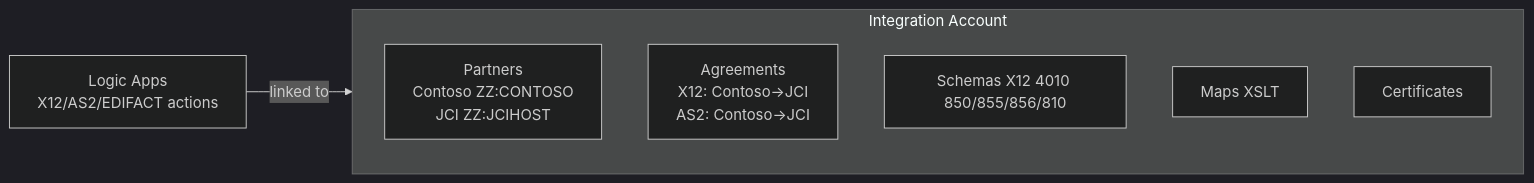
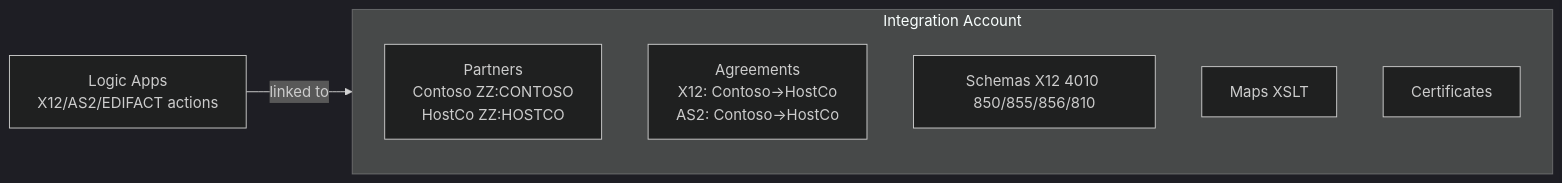
One commit to hacktrash7/ais-integration-prep changed the first of 2 diagrams in 08-EDI-B2B-Integration/README.md. Above: the diagram before and after it, drawn with Mermaid (dark theme). The commit also changed other lines of this file and 9 other files, not shown here.

````diff
--- a/08-EDI-B2B-Integration/README.md
+++ b/08-EDI-B2B-Integration/README.md
@@ -66,11 +66,11 @@
 ```mermaid
 flowchart LR
     subgraph IA["Integration Account"]
-        P[Partners<br/>Contoso ZZ:CONTOSO<br/>JCI ZZ:JCIHOST]
-        AG[Agreements<br/>X12: Contoso→JCI<br/>AS2: Contoso→JCI]
+        P[Partners<br/>Contoso ZZ:CONTOSO<br/>HostCo ZZ:HOSTCO]
+        AG[Agreements<br/>X12: Contoso→HostCo<br/>AS2: Contoso→HostCo]
         SCH[Schemas X12 4010 850/855/856/810]
         MAP[Maps XSLT]
         CERT[Certificates]
     end
     LA[Logic Apps<br/>X12/AS2/EDIFACT actions] -->|linked to| IA
 ```
````
